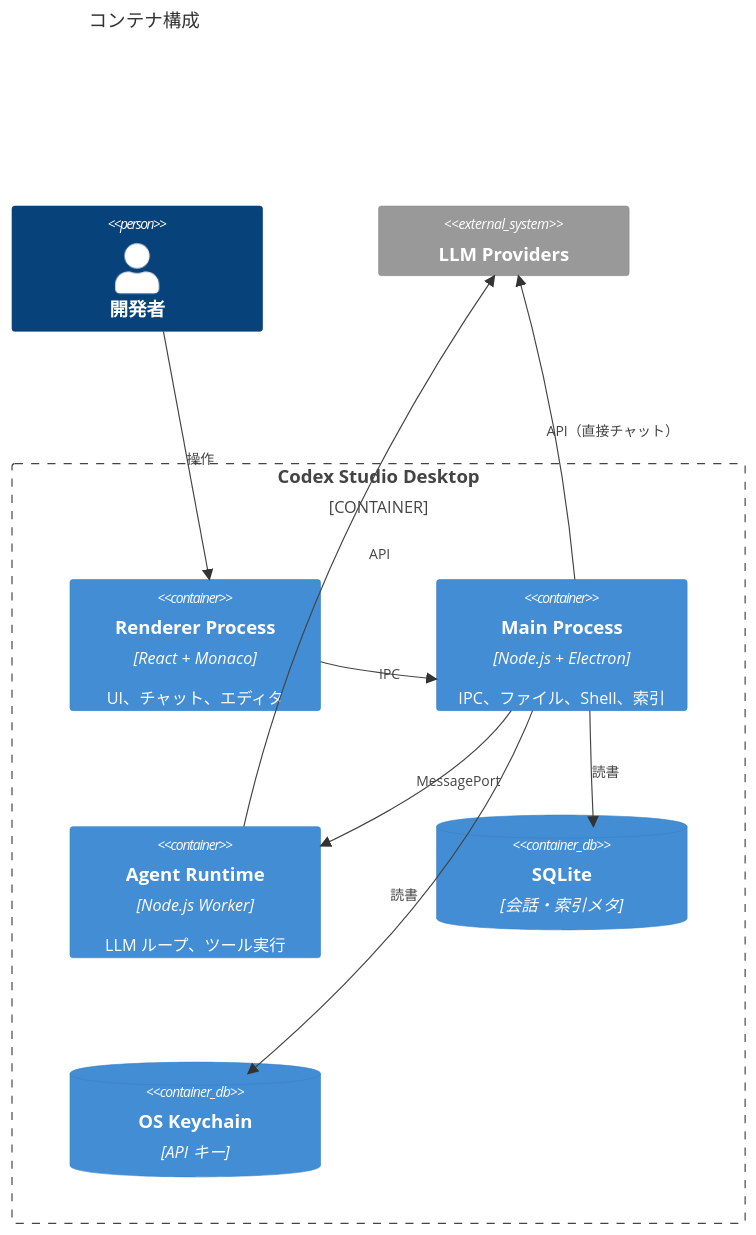
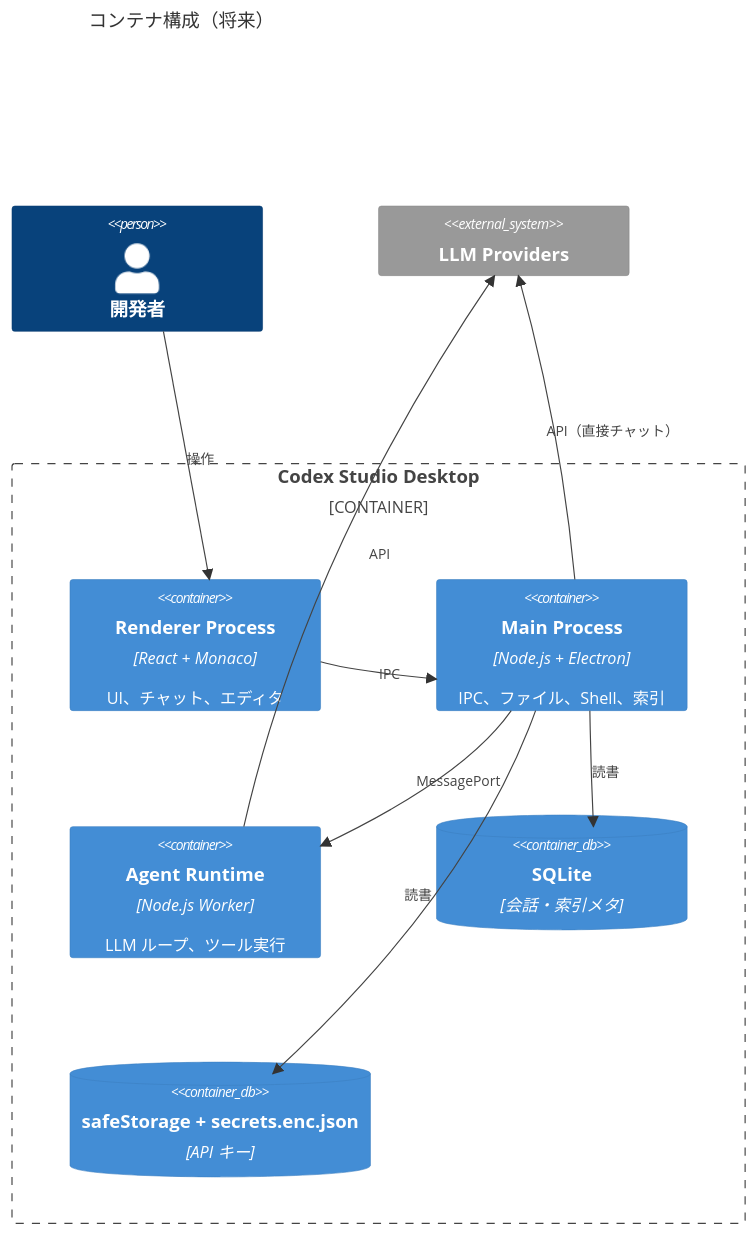
Before and after one commit to keijijin/codex-studio: the third of 3 diagrams in docs/03-アーキテクチャ定義書.md, drawn with Mermaid. The commit also changed other lines of this file and 24 other files, not shown here.

````diff
--- a/docs/03-アーキテクチャ定義書.md
+++ b/docs/03-アーキテクチャ定義書.md
@@ -52,24 +82,24 @@
 ```mermaid
 C4Container
-    title コンテナ構成
+    title コンテナ構成（将来）
 
     Person(user, "開発者")
 
     Container_Boundary(desktop, "Codex Studio Desktop") {
         Container(renderer, "Renderer Process", "React + Monaco", "UI、チャット、エディタ")
         Container(main, "Main Process", "Node.js + Electron", "IPC、ファイル、Shell、索引")
         Container(agent, "Agent Runtime", "Node.js Worker", "LLM ループ、ツール実行")
         ContainerDb(sqlite, "SQLite", "会話・索引メタ")
-        ContainerDb(keychain, "OS Keychain", "API キー")
+        ContainerDb(secrets, "safeStorage + secrets.enc.json", "API キー")
     }
 
     System_Ext(llm, "LLM Providers")
 
     Rel(user, renderer, "操作")
     Rel(renderer, main, "IPC")
     Rel(main, agent, "MessagePort")
     Rel(main, sqlite, "読書")
-    Rel(main, keychain, "読書")
+    Rel(main, secrets, "読書")
     Rel(agent, llm, "API")
     Rel(main, llm, "API（直接チャット）")
 ```
````
